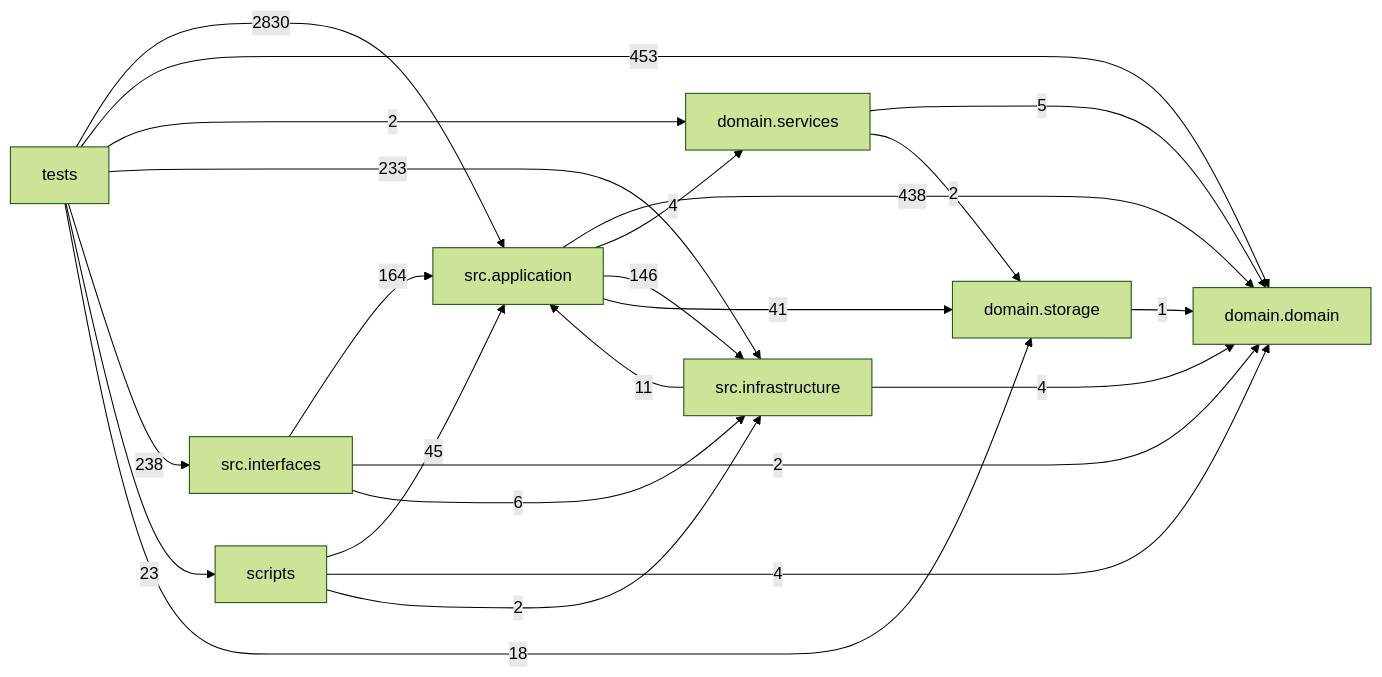
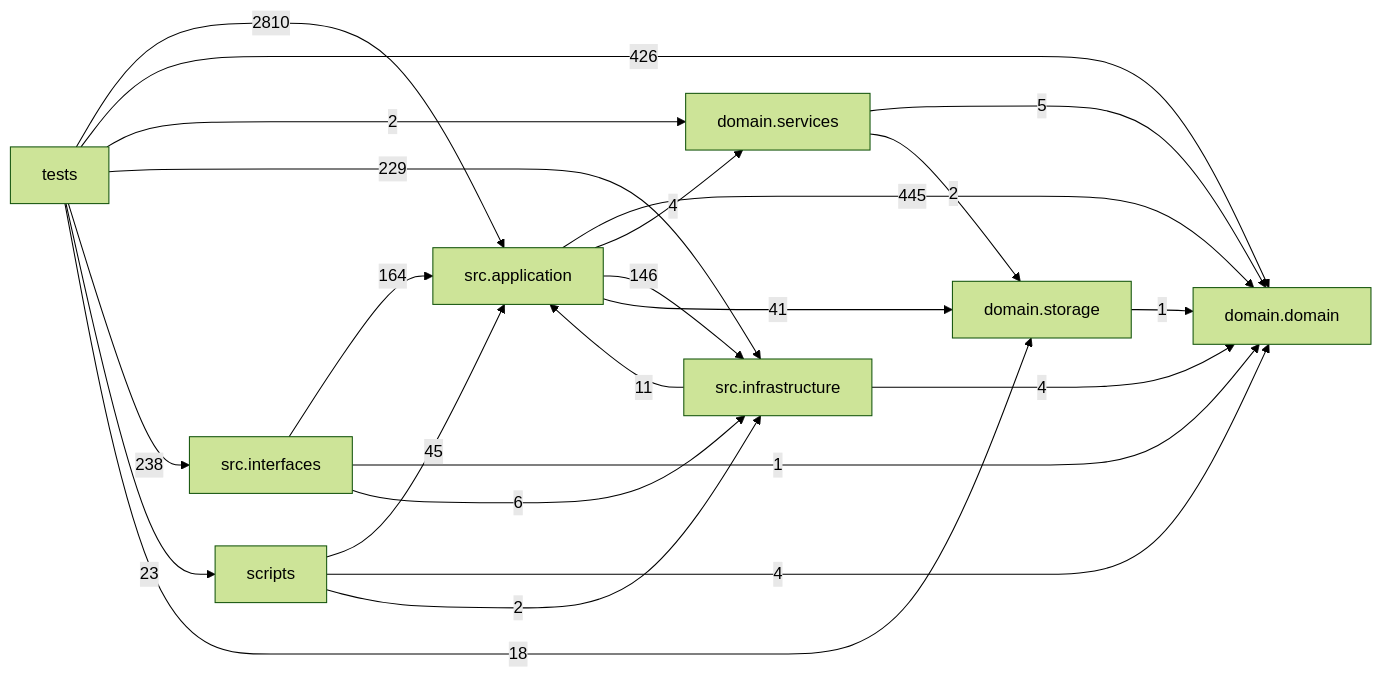
The diagram in docs/DEPENDENCY_GRAPH.md (liuxie066/options-monitor), drawn with Mermaid (forest theme) before and after one commit. The commit also changed other lines of this file and 88 other files, not shown here.

````diff
--- a/docs/DEPENDENCY_GRAPH.md
+++ b/docs/DEPENDENCY_GRAPH.md
@@ -24,33 +24,33 @@
 ```mermaid
 flowchart LR
   tests["tests"]
   scripts["scripts"]
   interfaces["src.interfaces"]
   application["src.application"]
   infrastructure["src.infrastructure"]
   domain_services["domain.services"]
   domain["domain.domain"]
   storage["domain.storage"]
-  application -->|438| domain
+  application -->|445| domain
   application -->|4| domain_services
   application -->|146| infrastructure
   application -->|41| storage
   domain_services -->|5| domain
   domain_services -->|2| storage
   infrastructure -->|11| application
   infrastructure -->|4| domain
   interfaces -->|164| application
-  interfaces -->|2| domain
+  interfaces -->|1| domain
   interfaces -->|6| infrastructure
   scripts -->|45| application
   scripts -->|4| domain
   scripts -->|2| infrastructure
   storage -->|1| domain
-  tests -->|2830| application
-  tests -->|453| domain
+  tests -->|2810| application
+  tests -->|426| domain
   tests -->|2| domain_services
-  tests -->|233| infrastructure
+  tests -->|229| infrastructure
   tests -->|238| interfaces
   tests -->|23| scripts
   tests -->|18| storage
 ```
````
